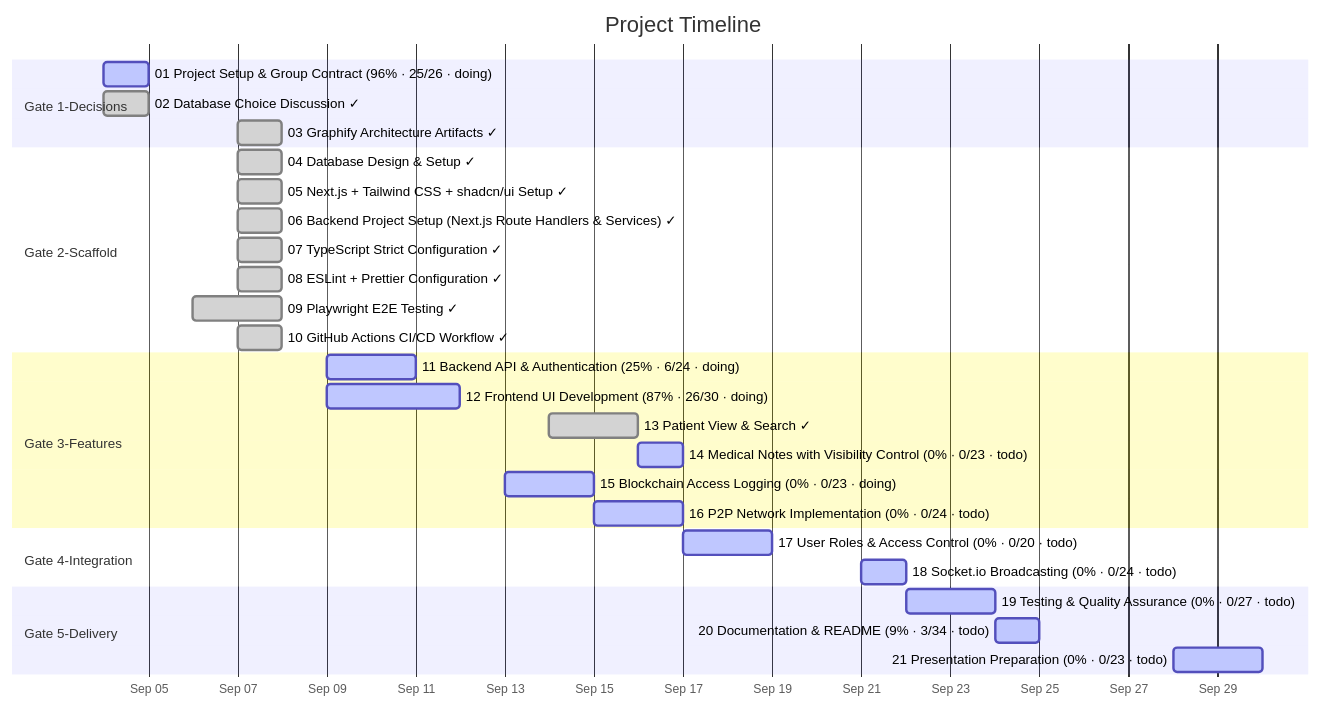
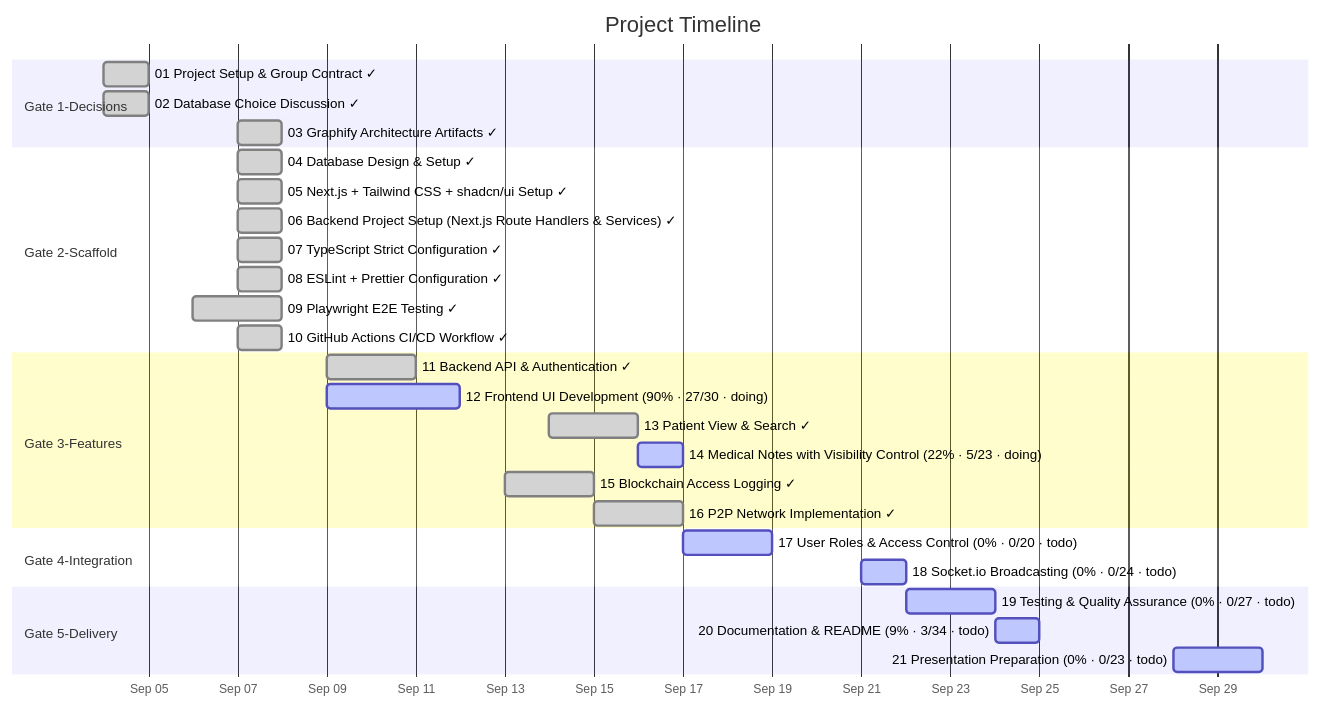
The diagram in docs/diagrams/task-gantt.md (matdevstamp/inl-3-awesome-journal), drawn with Mermaid before and after one commit. The commit also changed 12 other files, not shown here.

First line of the commit message:
docs: sync draft tasks with project board and regenerate diagrams

````diff
--- a/docs/diagrams/task-gantt.md
+++ b/docs/diagrams/task-gantt.md
@@ -25,33 +25,33 @@
 ```mermaid
 gantt
     title Project Timeline
     dateFormat  YYYY-MM-DD
     axisFormat  %b %d
 
     section Gate 1-Decisions
-    01 Project Setup & Group Contract (96% · 25/26 · doing) : active, 2026-09-04, 1d
+    01 Project Setup & Group Contract ✓ : done, 2026-09-04, 1d
     02 Database Choice Discussion ✓ : done, 2026-09-04, 1d
     03 Graphify Architecture Artifacts ✓ : done, 2026-09-07, 1d
     section Gate 2-Scaffold
     04 Database Design & Setup ✓ : done, 2026-09-07, 1d
     05 Next.js + Tailwind CSS + shadcn/ui Setup ✓ : done, 2026-09-07, 1d
     06 Backend Project Setup (Next.js Route Handlers & Services) ✓ : done, 2026-09-07, 1d
     07 TypeScript Strict Configuration ✓ : done, 2026-09-07, 1d
     08 ESLint + Prettier Configuration ✓ : done, 2026-09-07, 1d
     09 Playwright E2E Testing ✓ : done, 2026-09-06, 2d
     10 GitHub Actions CI/CD Workflow ✓ : done, 2026-09-07, 1d
     section Gate 3-Features
-    11 Backend API & Authentication (25% · 6/24 · doing) : active, 2026-09-09, 2d
-    12 Frontend UI Development (87% · 26/30 · doing) : active, 2026-09-09, 3d
+    11 Backend API & Authentication ✓ : done, 2026-09-09, 2d
+    12 Frontend UI Development (90% · 27/30 · doing) : active, 2026-09-09, 3d
     13 Patient View & Search ✓ : done, 2026-09-14, 2d
-    14 Medical Notes with Visibility Control (0% · 0/23 · todo) : active, 2026-09-16, 1d
-    15 Blockchain Access Logging (0% · 0/23 · doing) : active, 2026-09-13, 2d
-    16 P2P Network Implementation (0% · 0/24 · todo) : active, 2026-09-15, 2d
+    14 Medical Notes with Visibility Control (22% · 5/23 · doing) : active, 2026-09-16, 1d
+    15 Blockchain Access Logging ✓ : done, 2026-09-13, 2d
+    16 P2P Network Implementation ✓ : done, 2026-09-15, 2d
     section Gate 4-Integration
     17 User Roles & Access Control (0% · 0/20 · todo) : active, 2026-09-17, 2d
     18 Socket.io Broadcasting (0% · 0/24 · todo) : active, 2026-09-21, 1d
     section Gate 5-Delivery
     19 Testing & Quality Assurance (0% · 0/27 · todo) : active, 2026-09-22, 2d
     20 Documentation & README (9% · 3/34 · todo) : active, 2026-09-24, 1d
     21 Presentation Preparation (0% · 0/23 · todo) : active, 2026-09-28, 2d
 ```
````
